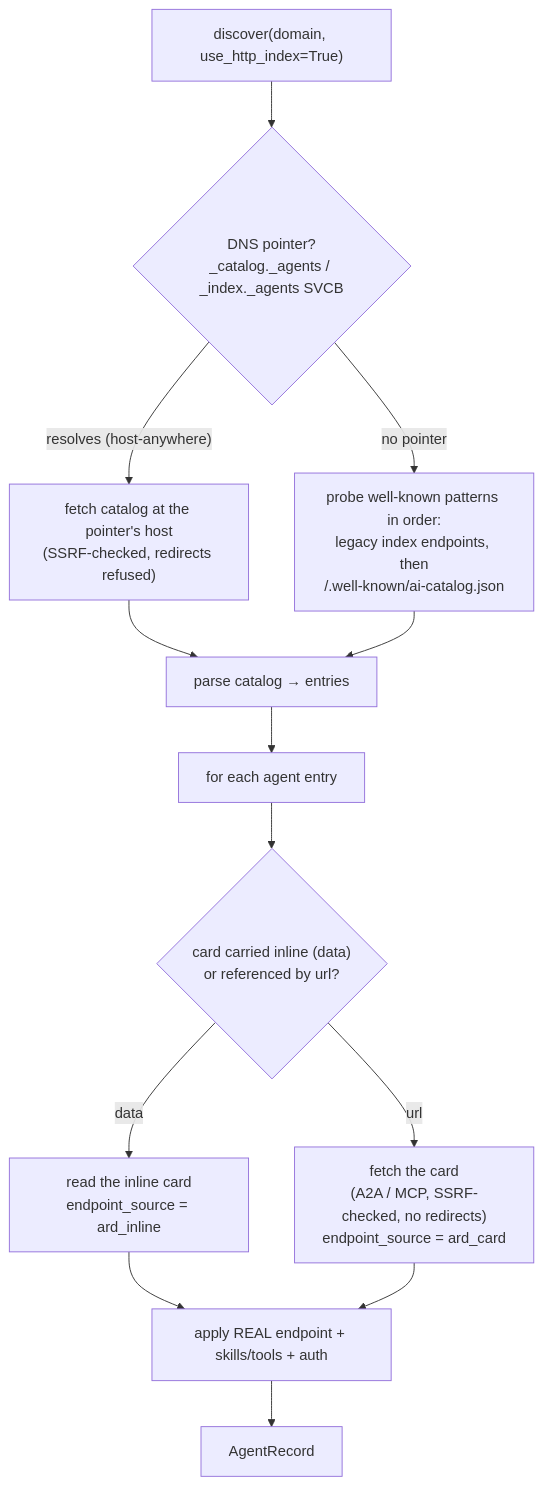
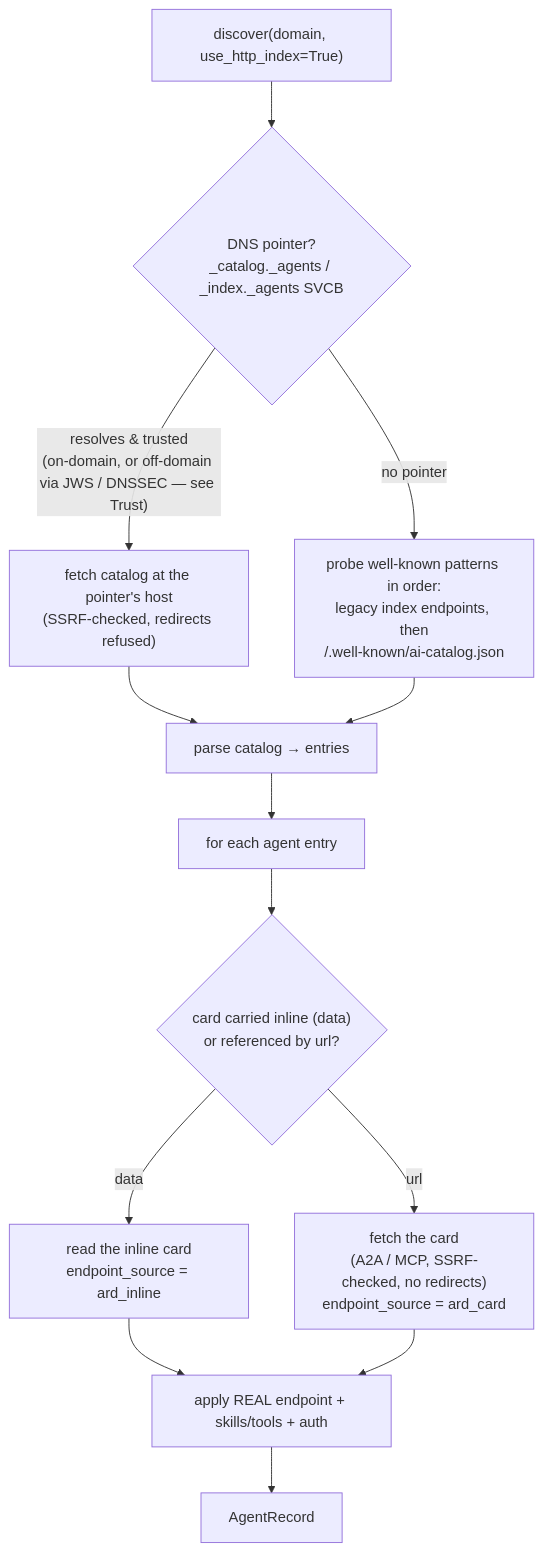
The first of 2 diagrams in docs/ard-catalog.md (dns-aid/dns-aid-core), drawn with Mermaid before and after one commit. The commit also changed other lines of this file and 16 other files, not shown here.

First line of the commit message:
feat: ARD catalog-pointer trust (DNSSEC/JWS off-domain, catalog_trust)

````diff
--- a/docs/ard-catalog.md
+++ b/docs/ard-catalog.md
@@ -20,15 +20,15 @@
 ```mermaid
 flowchart TD
     A["discover(domain, use_http_index=True)"] --> B{"DNS pointer?<br/>_catalog._agents / _index._agents SVCB"}
-    B -- "resolves (host-anywhere)" --> C["fetch catalog at the pointer's host<br/>(SSRF-checked, redirects refused)"]
+    B -- "resolves & trusted<br/>(on-domain, or off-domain via JWS / DNSSEC — see Trust)" --> C["fetch catalog at the pointer's host<br/>(SSRF-checked, redirects refused)"]
     B -- "no pointer" --> D["probe well-known patterns in order:<br/>legacy index endpoints, then<br/>/.well-known/ai-catalog.json"]
     C --> E["parse catalog → entries"]
     D --> E
     E --> F["for each agent entry"]
     F --> G{"card carried inline (data)<br/>or referenced by url?"}
     G -- "data" --> H["read the inline card<br/>endpoint_source = ard_inline"]
     G -- "url" --> I["fetch the card<br/>(A2A / MCP, SSRF-checked, no redirects)<br/>endpoint_source = ard_card"]
     H --> J["apply REAL endpoint + skills/tools + auth"]
     I --> J
     J --> K["AgentRecord"]
 ```
````
